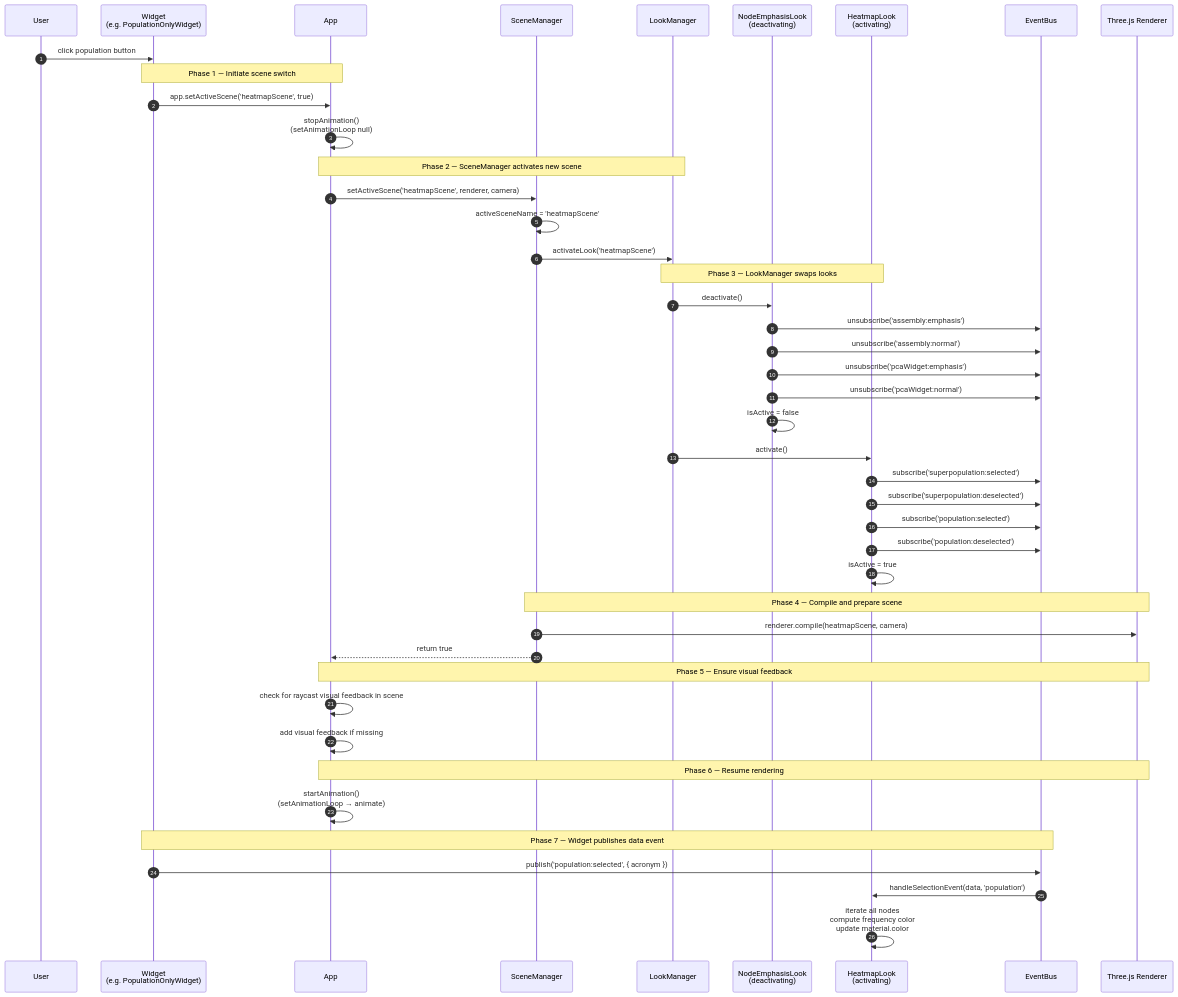
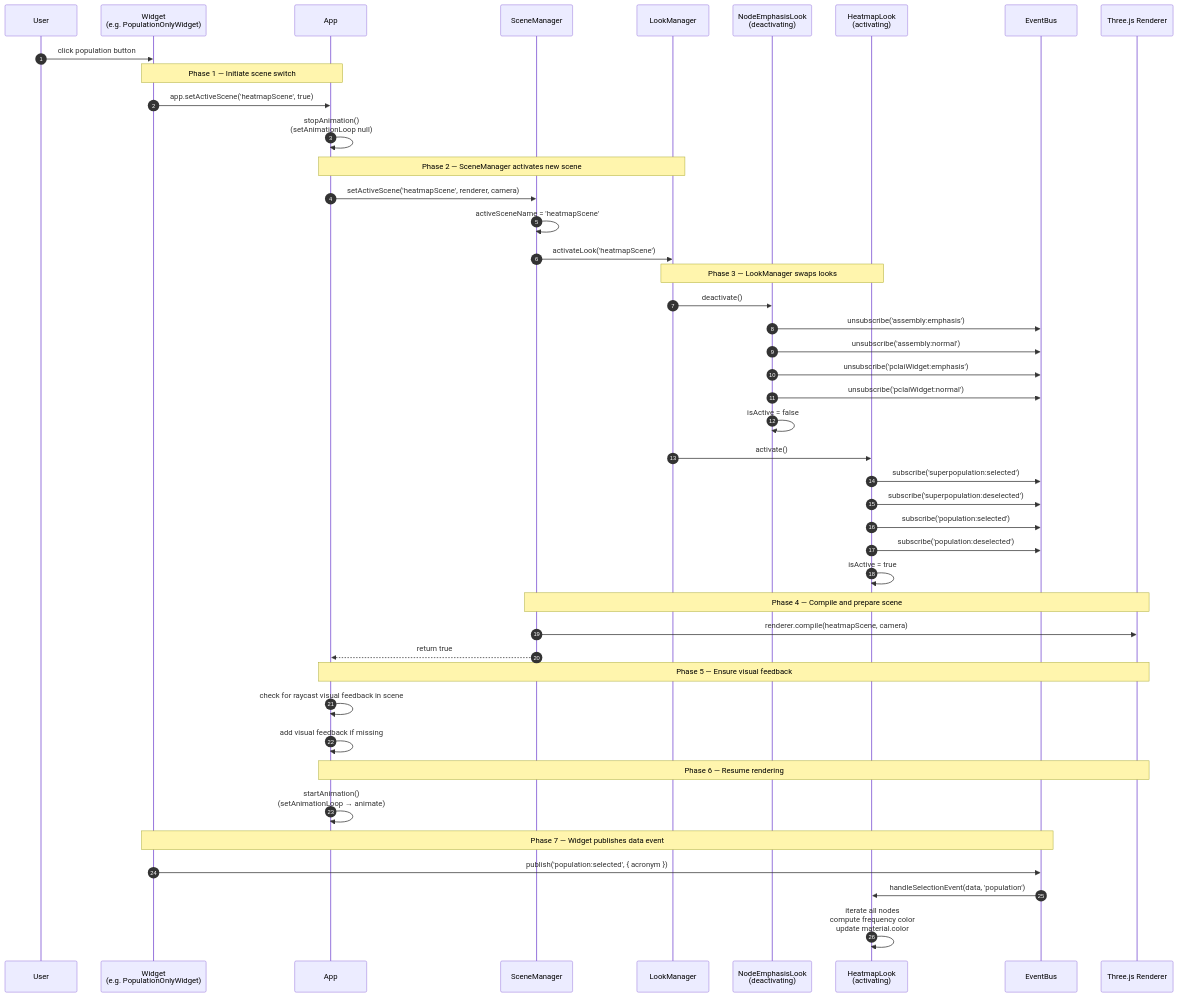
One commit to CAST-genomics/pgb changed the second of 5 diagrams in notes/architecture/look/look-scene-switch-interaction-diagram.md. Above: the diagram before and after it, drawn with Mermaid. The commit also changed other lines of this file and 40 other files, not shown here.

First line of the commit message:
Rename PCA → PCLAI across code and docs

````diff
--- a/notes/architecture/look/look-scene-switch-interaction-diagram.md
+++ b/notes/architecture/look/look-scene-switch-interaction-diagram.md
@@ -69,56 +69,56 @@
 ```mermaid
 %%{init: {'themeVariables': {'fontSize': '16px'}}}%%
 sequenceDiagram
     autonumber
     participant User
     participant Widget as Widget<br/>(e.g. PopulationOnlyWidget)
     participant APP as App
     participant SM as SceneManager
     participant LM as LookManager
     participant OldLook as NodeEmphasisLook<br/>(deactivating)
     participant NewLook as HeatmapLook<br/>(activating)
     participant EB as EventBus
     participant Renderer as Three.js Renderer
 
     User->>Widget: click population button
 
     Note over Widget,APP: Phase 1 — Initiate scene switch
     Widget->>APP: app.setActiveScene('heatmapScene', true)
     APP->>APP: stopAnimation()<br/>(setAnimationLoop null)
 
     Note over APP,LM: Phase 2 — SceneManager activates new scene
     APP->>SM: setActiveScene('heatmapScene', renderer, camera)
     SM->>SM: activeSceneName = 'heatmapScene'
     SM->>LM: activateLook('heatmapScene')
 
     Note over LM,NewLook: Phase 3 — LookManager swaps looks
     LM->>OldLook: deactivate()
     OldLook->>EB: unsubscribe('assembly:emphasis')
     OldLook->>EB: unsubscribe('assembly:normal')
-    OldLook->>EB: unsubscribe('pcaWidget:emphasis')
-    OldLook->>EB: unsubscribe('pcaWidget:normal')
+    OldLook->>EB: unsubscribe('pclaiWidget:emphasis')
+    OldLook->>EB: unsubscribe('pclaiWidget:normal')
     OldLook->>OldLook: isActive = false
 
     LM->>NewLook: activate()
     NewLook->>EB: subscribe('superpopulation:selected')
     NewLook->>EB: subscribe('superpopulation:deselected')
     NewLook->>EB: subscribe('population:selected')
     NewLook->>EB: subscribe('population:deselected')
     NewLook->>NewLook: isActive = true
 
     Note over SM,Renderer: Phase 4 — Compile and prepare scene
     SM->>Renderer: renderer.compile(heatmapScene, camera)
     SM-->>APP: return true
 
     Note over APP,Renderer: Phase 5 — Ensure visual feedback
     APP->>APP: check for raycast visual feedback in scene
     APP->>APP: add visual feedback if missing
 
     Note over APP,Renderer: Phase 6 — Resume rendering
     APP->>APP: startAnimation()<br/>(setAnimationLoop → animate)
 
     Note over Widget,EB: Phase 7 — Widget publishes data event
     Widget->>EB: publish('population:selected', { acronym })
     EB->>NewLook: handleSelectionEvent(data, 'population')
     NewLook->>NewLook: iterate all nodes<br/>compute frequency color<br/>update material.color
 ```
````
